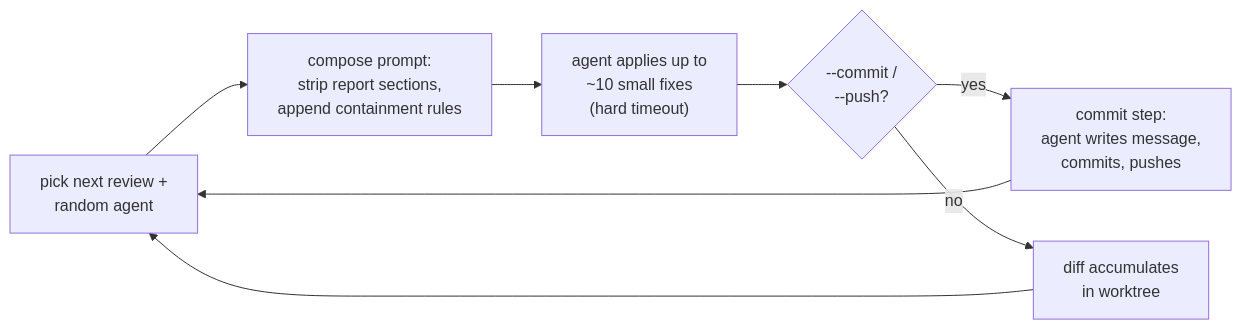
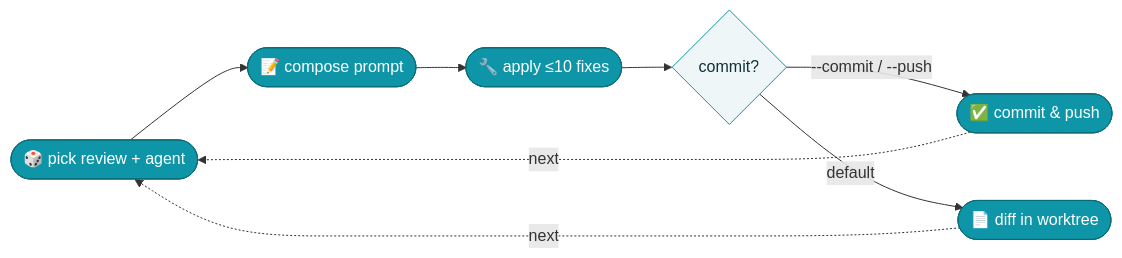
The diagram in README.md (maci0/gauntlet), drawn with Mermaid before and after one commit.

Commit message:
Redesign the pipeline diagram: pill nodes, concise labels, brand color
Replaces the cramped multi-line boxes and crossing loop-back arrows with
a single clean left-to-right flow, stadium nodes in the logo teal, icon
labels, and one dashed 'next' loop-back.

````diff
--- a/README.md
+++ b/README.md
@@ -42,10 +42,12 @@
 ```mermaid
 flowchart LR
-    A["pick next review +<br>random agent"] --> B["compose prompt:<br>strip report sections,<br>append containment rules"]
-    B --> C["agent applies up to<br>~10 small fixes<br>(hard timeout)"]
-    C --> D{"--commit /<br>--push?"}
-    D -- yes --> E["commit step:<br>agent writes message,<br>commits, pushes"]
-    D -- no --> F["diff accumulates<br>in worktree"]
-    E --> A
-    F --> A
+    A(["🎲 pick review + agent"]) --> B(["📝 compose prompt"]) --> C(["🔧 apply ≤10 fixes"]) --> D{"commit?"}
+    D -->|"--commit / --push"| E(["✅ commit &amp; push"])
+    D -->|default| F(["📄 diff in worktree"])
+    E -.->|next| A
+    F -.->|next| A
+    classDef step fill:#0e96a8,stroke:#0b6c78,color:#ffffff;
+    classDef dec fill:#eef6f7,stroke:#0e96a8,color:#12303a;
+    class A,B,C,E,F step
+    class D dec
 ```
````
